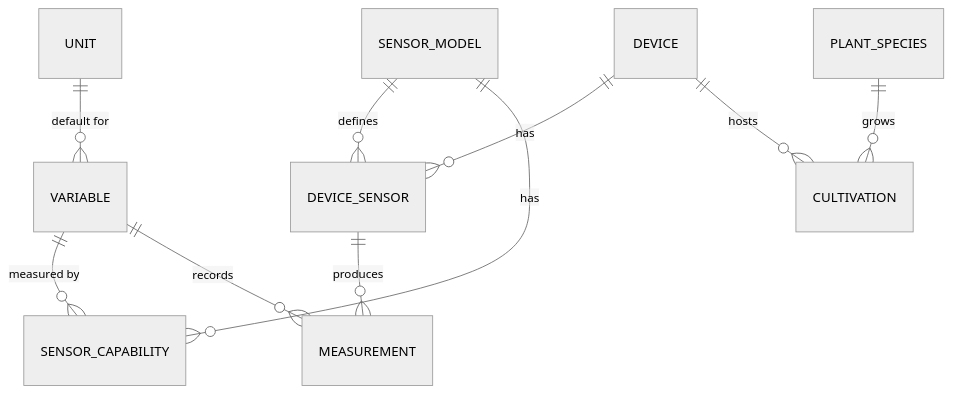
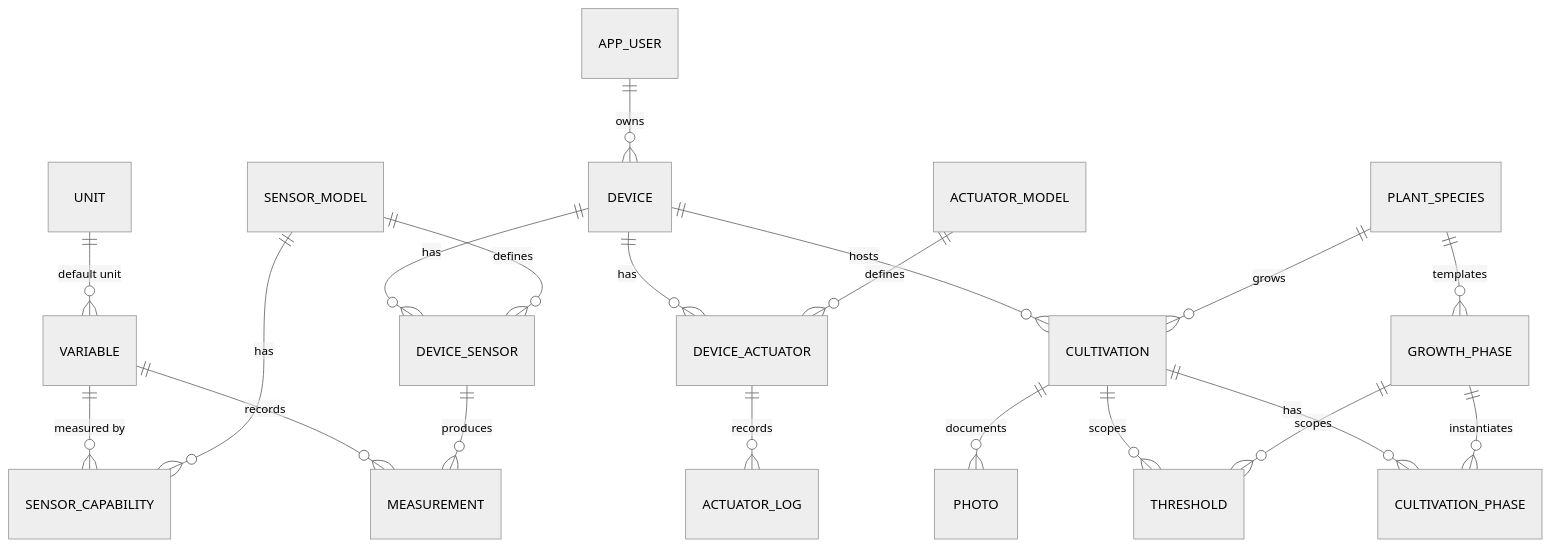
Before and after one commit to GreenThumbProject/docs: the diagram in docs/components/database.md, drawn with Mermaid (neutral theme). The commit also changed other lines of this file and 12 other files, not shown here.

````diff
--- a/docs/components/database.md
+++ b/docs/components/database.md
@@ -30,12 +18,30 @@
 ```mermaid
 erDiagram
-    UNIT ||--o{ VARIABLE : "default for"
+    UNIT ||--o{ VARIABLE : "default unit"
+    VARIABLE ||--o{ SENSOR_CAPABILITY : "measured by"
+    VARIABLE ||--o{ MEASUREMENT : records
+
+    APP_USER ||--o{ DEVICE : owns
+
     DEVICE ||--o{ DEVICE_SENSOR : has
+    DEVICE ||--o{ DEVICE_ACTUATOR : has
     DEVICE ||--o{ CULTIVATION : hosts
+
     SENSOR_MODEL ||--o{ DEVICE_SENSOR : defines
     SENSOR_MODEL ||--o{ SENSOR_CAPABILITY : has
-    VARIABLE ||--o{ SENSOR_CAPABILITY : "measured by"
-    VARIABLE ||--o{ MEASUREMENT : records
+    ACTUATOR_MODEL ||--o{ DEVICE_ACTUATOR : defines
+
     DEVICE_SENSOR ||--o{ MEASUREMENT : produces
+
     PLANT_SPECIES ||--o{ CULTIVATION : grows
+    PLANT_SPECIES ||--o{ GROWTH_PHASE : templates
+
+    CULTIVATION ||--o{ CULTIVATION_PHASE : has
+    CULTIVATION ||--o{ THRESHOLD : scopes
+    CULTIVATION ||--o{ PHOTO : documents
+
+    GROWTH_PHASE ||--o{ CULTIVATION_PHASE : instantiates
+    GROWTH_PHASE ||--o{ THRESHOLD : scopes
+
+    DEVICE_ACTUATOR ||--o{ ACTUATOR_LOG : records
 ```
````
